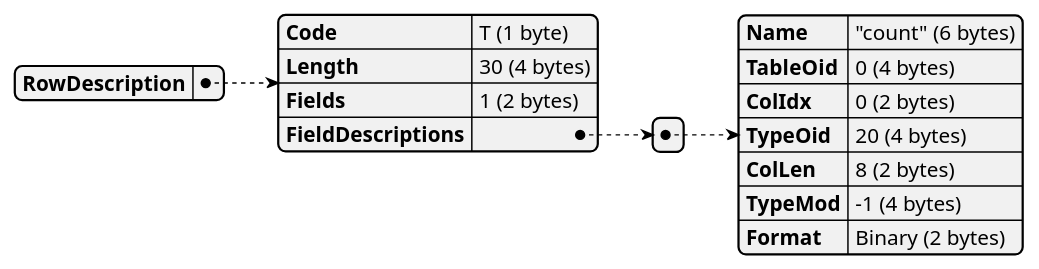
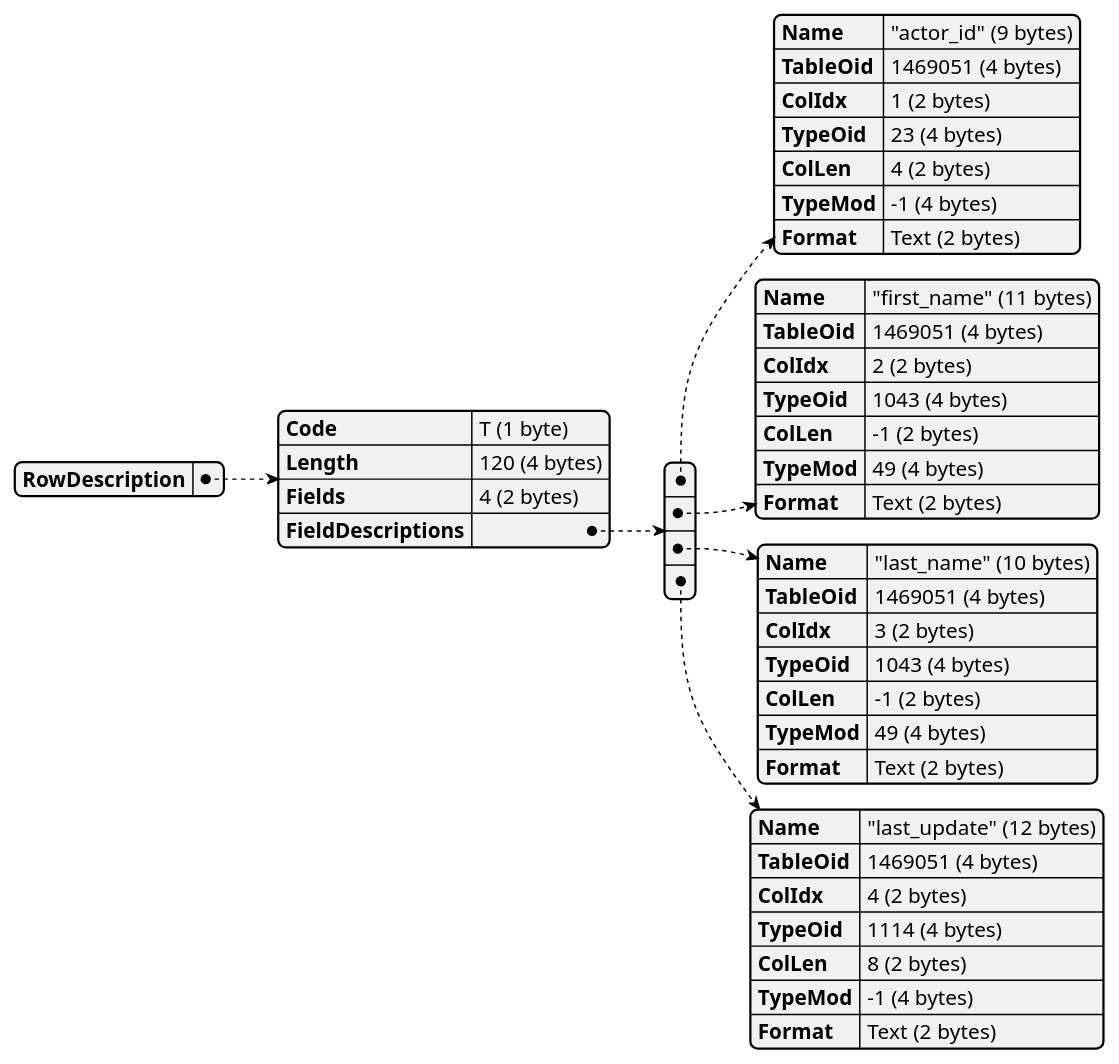
One commit to xfischer/pg_protoexport changed the second of 5 diagrams in docs/examples/exports/pagila-01-simple-query-single-statement/capture.plantuml.pkt.md. Above: the diagram before and after it, drawn with PlantUML. The commit also changed other lines of this file and 135 other files, not shown here.

````diff
--- a/docs/examples/exports/pagila-01-simple-query-single-statement/capture.plantuml.pkt.md
+++ b/docs/examples/exports/pagila-01-simple-query-single-statement/capture.plantuml.pkt.md
@@ -99,22 +19,49 @@
 ```plantuml
 @startjson
 {
   "RowDescription": {
     "Code": "T (1 byte)",
-    "Length": "30 (4 bytes)",
-    "Fields": "1 (2 bytes)",
+    "Length": "120 (4 bytes)",
+    "Fields": "4 (2 bytes)",
     "FieldDescriptions": [
       {
-        "Name": "\"count\" (6 bytes)",
-        "TableOid": "0 (4 bytes)",
-        "ColIdx": "0 (2 bytes)",
-        "TypeOid": "20 (4 bytes)",
+        "Name": "\"actor_id\" (9 bytes)",
+        "TableOid": "1469051 (4 bytes)",
+        "ColIdx": "1 (2 bytes)",
+        "TypeOid": "23 (4 bytes)",
+        "ColLen": "4 (2 bytes)",
+        "TypeMod": "-1 (4 bytes)",
+        "Format": "Text (2 bytes)"
+      },
+      {
+        "Name": "\"first_name\" (11 bytes)",
+        "TableOid": "1469051 (4 bytes)",
+        "ColIdx": "2 (2 bytes)",
+        "TypeOid": "1043 (4 bytes)",
+        "ColLen": "-1 (2 bytes)",
+        "TypeMod": "49 (4 bytes)",
+        "Format": "Text (2 bytes)"
+      },
+      {
+        "Name": "\"last_name\" (10 bytes)",
+        "TableOid": "1469051 (4 bytes)",
+        "ColIdx": "3 (2 bytes)",
+        "TypeOid": "1043 (4 bytes)",
+        "ColLen": "-1 (2 bytes)",
+        "TypeMod": "49 (4 bytes)",
+        "Format": "Text (2 bytes)"
+      },
+      {
+        "Name": "\"last_update\" (12 bytes)",
+        "TableOid": "1469051 (4 bytes)",
+        "ColIdx": "4 (2 bytes)",
+        "TypeOid": "1114 (4 bytes)",
         "ColLen": "8 (2 bytes)",
         "TypeMod": "-1 (4 bytes)",
-        "Format": "Binary (2 bytes)"
+        "Format": "Text (2 bytes)"
       }
     ]
   }
 }
 @endjson
 ```
````
